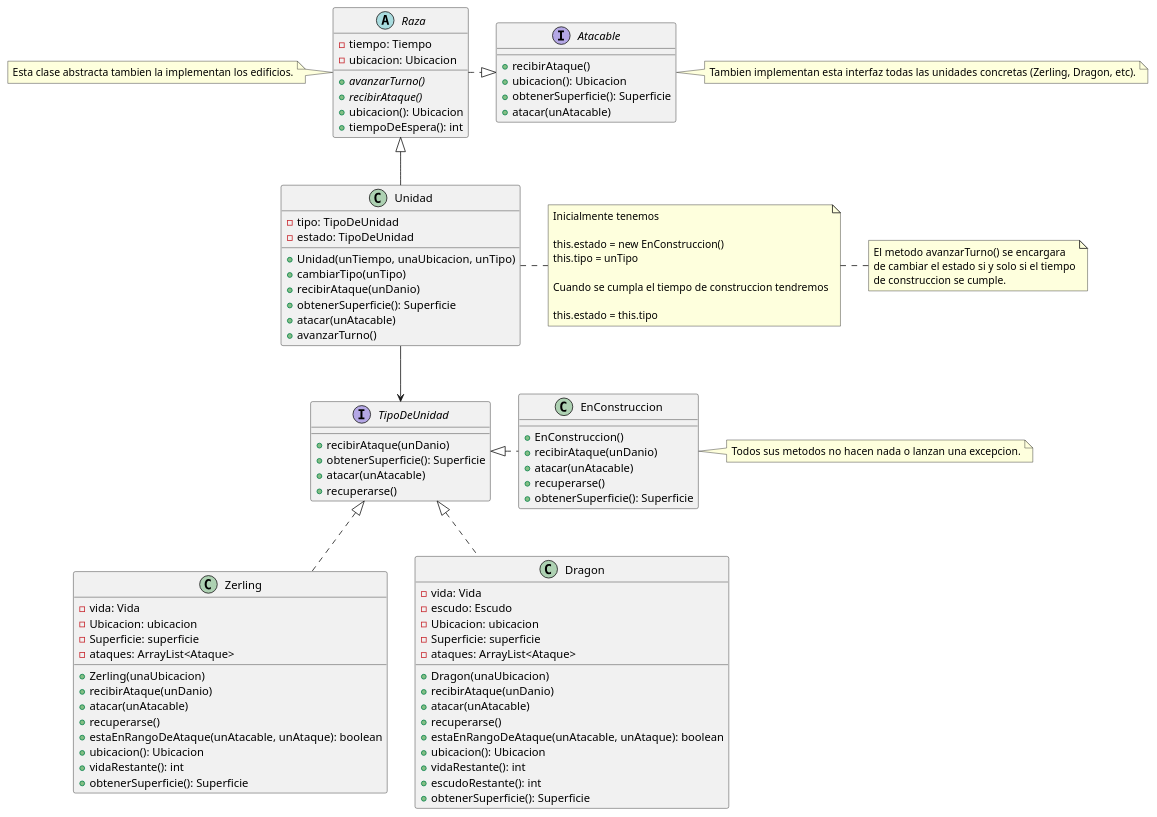
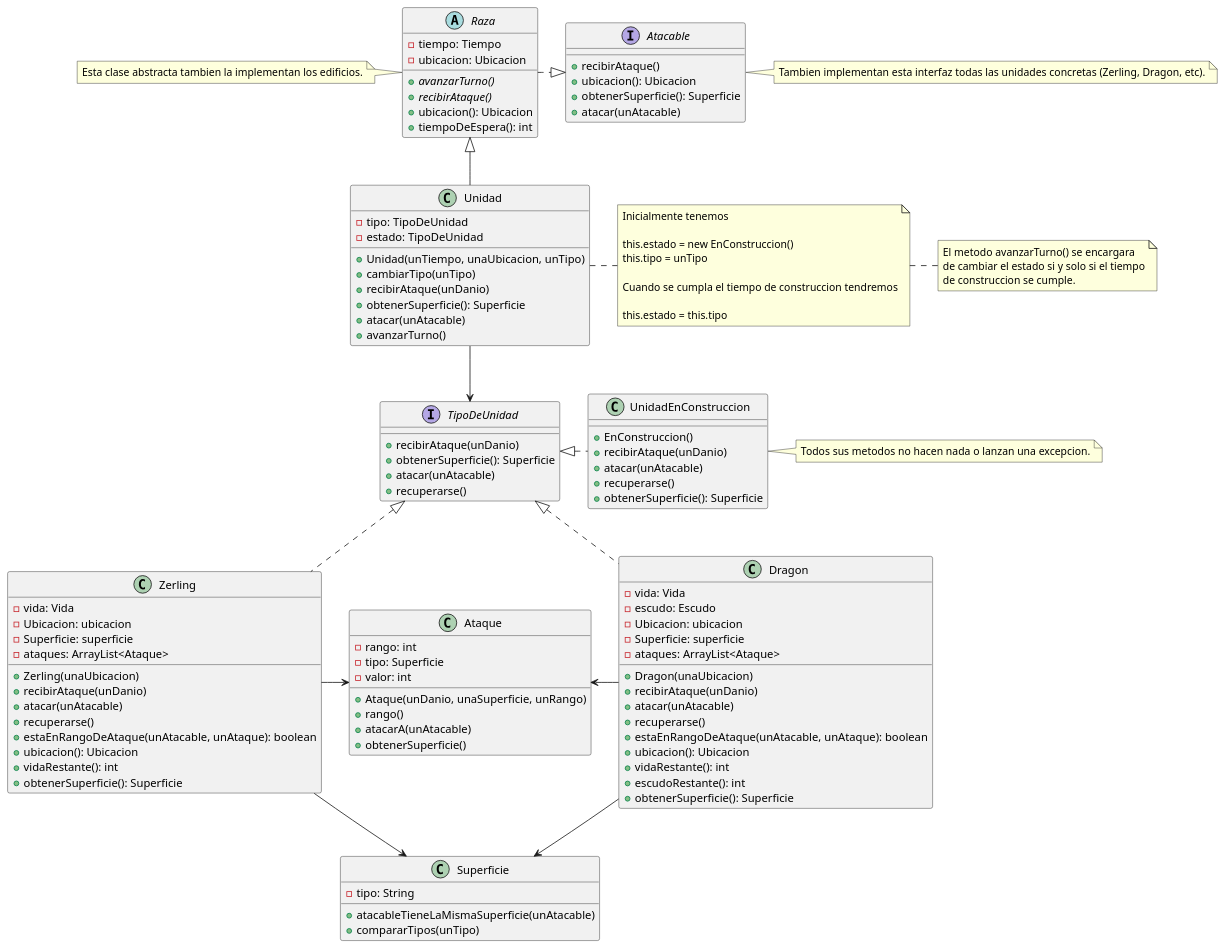
Before and after one commit to joeldevel/algo3_tp_2: the diagram in diagrams/classes/Diagramas de clase/Entrega 2/Unidades.puml, drawn with PlantUML. The commit also changed other lines of this file and 12 other files, not shown here.

First line of the commit message:
Creacion de la clase UnidadEnConstruccion. Creacion de la excepcion UnidadEnConstruccionException. Creacion de las pruebas UnidadTest.

```diff
--- a/diagrams/classes/Diagramas de clase/Entrega 2/Unidades.puml
+++ b/diagrams/classes/Diagramas de clase/Entrega 2/Unidades.puml
@@ -11,93 +11,113 @@
 @startuml
 
 interface Atacable {
     +recibirAtaque()
     +ubicacion(): Ubicacion
     +obtenerSuperficie(): Superficie
     +atacar(unAtacable)
 }
 
 note right: Tambien implementan esta interfaz todas las unidades concretas (Zerling, Dragon, etc).
 
 abstract class Raza {
     -tiempo: Tiempo
     -ubicacion: Ubicacion
     +avanzarTurno() {abstract}
     +recibirAtaque() {abstract}
     +ubicacion(): Ubicacion
     +tiempoDeEspera(): int
 }
 
 note left: Esta clase abstracta tambien la implementan los edificios.
 
 class Unidad {
     -tipo: TipoDeUnidad
     -estado: TipoDeUnidad
     +Unidad(unTiempo, unaUbicacion, unTipo)
     +cambiarTipo(unTipo)
     +recibirAtaque(unDanio)
     +obtenerSuperficie(): Superficie
     +atacar(unAtacable)
     +avanzarTurno()
 }
 
 note right: Inicialmente tenemos\n\nthis.estado = new EnConstruccion()\nthis.tipo = unTipo\n\nCuando se cumpla el tiempo de construccion tendremos\n\nthis.estado = this.tipo
 note right: El metodo avanzarTurno() se encargara\nde cambiar el estado si y solo si el tiempo\nde construccion se cumple.
 
 interface TipoDeUnidad {
     +recibirAtaque(unDanio)
     +obtenerSuperficie(): Superficie
     +atacar(unAtacable)
     +recuperarse()
 }
 
 class Zerling {
     -vida: Vida
     -Ubicacion: ubicacion
     -Superficie: superficie
     -ataques: ArrayList<Ataque>
     +Zerling(unaUbicacion)
     +recibirAtaque(unDanio)
     +atacar(unAtacable)
     +recuperarse()
     +estaEnRangoDeAtaque(unAtacable, unAtaque): boolean
     +ubicacion(): Ubicacion
     +vidaRestante(): int
     +obtenerSuperficie(): Superficie
 }
 
 class Dragon {
     -vida: Vida
     -escudo: Escudo
     -Ubicacion: ubicacion
     -Superficie: superficie
     -ataques: ArrayList<Ataque>
     +Dragon(unaUbicacion)
     +recibirAtaque(unDanio)
     +atacar(unAtacable)
     +recuperarse()
     +estaEnRangoDeAtaque(unAtacable, unAtaque): boolean
     +ubicacion(): Ubicacion
     +vidaRestante(): int
     +escudoRestante(): int
     +obtenerSuperficie(): Superficie
 }
 
-class EnConstruccion {
+class UnidadEnConstruccion {
     +EnConstruccion()
     +recibirAtaque(unDanio)
     +atacar(unAtacable)
     +recuperarse()
     +obtenerSuperficie(): Superficie
 }
 
 note right: Todos sus metodos no hacen nada o lanzan una excepcion.
 
+class Superficie {
+    -tipo: String
+    +atacableTieneLaMismaSuperficie(unAtacable)
+    +compararTipos(unTipo)
+}
+
+class Ataque{
+    -rango: int
+    -tipo: Superficie
+    -valor: int
+    +Ataque(unDanio, unaSuperficie, unRango)
+    +rango()
+    +atacarA(unAtacable)
+    +obtenerSuperficie()
+}
+
 Raza ..right|> Atacable
 Unidad --up|> Raza
 Unidad --down> TipoDeUnidad
 Zerling ..up|> TipoDeUnidad
-EnConstruccion .up|> TipoDeUnidad
+UnidadEnConstruccion .up|> TipoDeUnidad
 Dragon ..up|> TipoDeUnidad
+Zerling -> Ataque
+Dragon -left> Ataque
+Zerling --down> Superficie
+Dragon -down> Superficie
 
 @enduml
```
